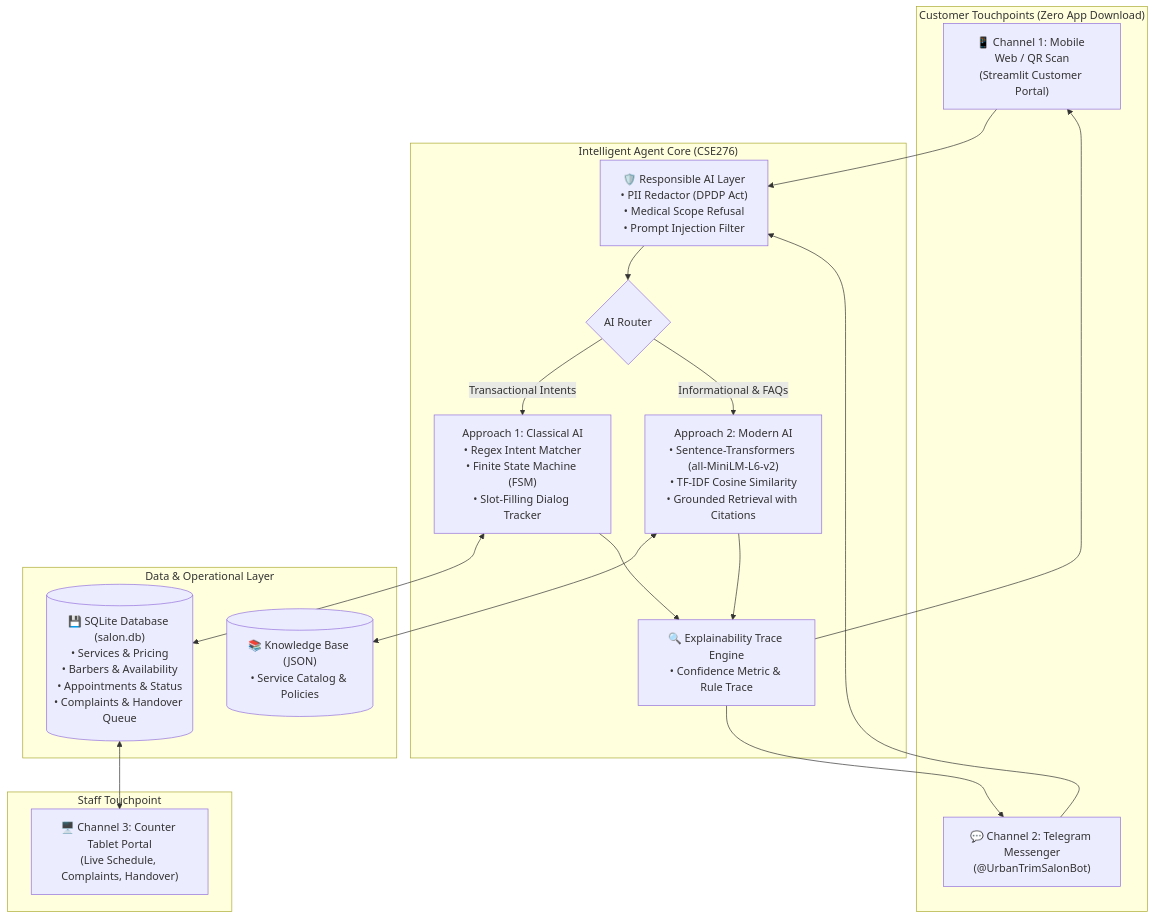
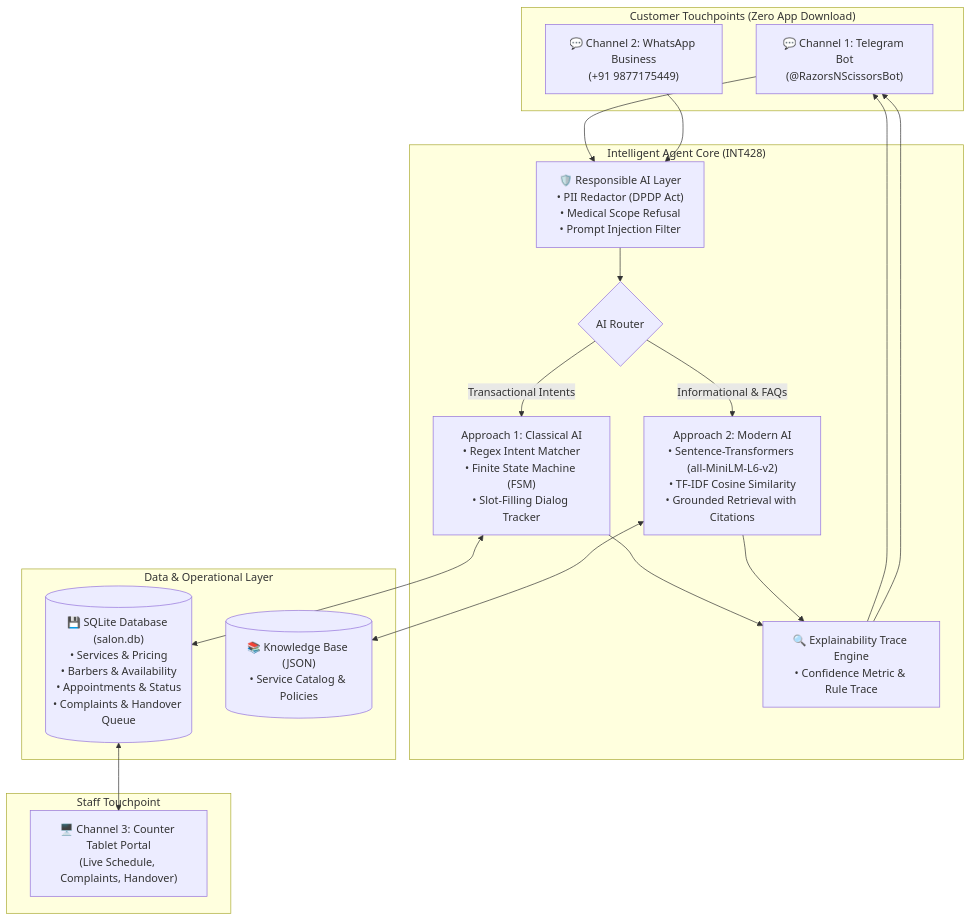
The diagram in README.md (0x-ryo/Salon-AI), drawn with Mermaid before and after one commit. The commit also changed other lines of this file and 2 other files, not shown here.

````diff
--- a/README.md
+++ b/README.md
@@ -30,38 +30,38 @@
 ```mermaid
 flowchart TD
     subgraph Customer_Touchpoints["Customer Touchpoints (Zero App Download)"]
-        WEB["📱 Channel 1: Mobile Web / QR Scan<br/>(Streamlit Customer Portal)"]
-        TG["💬 Channel 2: Telegram Messenger<br/>(@UrbanTrimSalonBot)"]
+        TG["💬 Channel 1: Telegram Bot<br/>(@RazorsNScissorsBot)"]
+        WH["💬 Channel 2: WhatsApp Business<br/>(+91 9877175449)"]
     end
 
     subgraph Salon_Staff["Staff Touchpoint"]
         DASH["🖥️ Channel 3: Counter Tablet Portal<br/>(Live Schedule, Complaints, Handover)"]
     end
 
-    subgraph AI_Engine["Intelligent Agent Core (CSE276)"]
+    subgraph AI_Engine["Intelligent Agent Core (INT428)"]
         GUARD["🛡️ Responsible AI Layer<br/>• PII Redactor (DPDP Act)<br/>• Medical Scope Refusal<br/>• Prompt Injection Filter"]
         ROUTER{"AI Router"}
         
         APP1["Approach 1: Classical AI<br/>• Regex Intent Matcher<br/>• Finite State Machine (FSM)<br/>• Slot-Filling Dialog Tracker"]
         APP2["Approach 2: Modern AI<br/>• Sentence-Transformers (all-MiniLM-L6-v2)<br/>• TF-IDF Cosine Similarity<br/>• Grounded Retrieval with Citations"]
         XAI["🔍 Explainability Trace Engine<br/>• Confidence Metric & Rule Trace"]
     end
 
     subgraph Persistence["Data & Operational Layer"]
         DB[("💾 SQLite Database (salon.db)<br/>• Services & Pricing<br/>• Barbers & Availability<br/>• Appointments & Status<br/>• Complaints & Handover Queue")]
         KB[("📚 Knowledge Base (JSON)<br/>• Service Catalog & Policies")]
     end
 
-    WEB --> GUARD
     TG --> GUARD
+    WH --> GUARD
     GUARD --> ROUTER
     ROUTER -->|Transactional Intents| APP1
     ROUTER -->|Informational & FAQs| APP2
     APP1 <--> DB
     APP2 <--> KB
     APP1 --> XAI
     APP2 --> XAI
-    XAI --> WEB
+    XAI --> TG
     XAI --> TG
     DB <--> DASH
 ```
````
